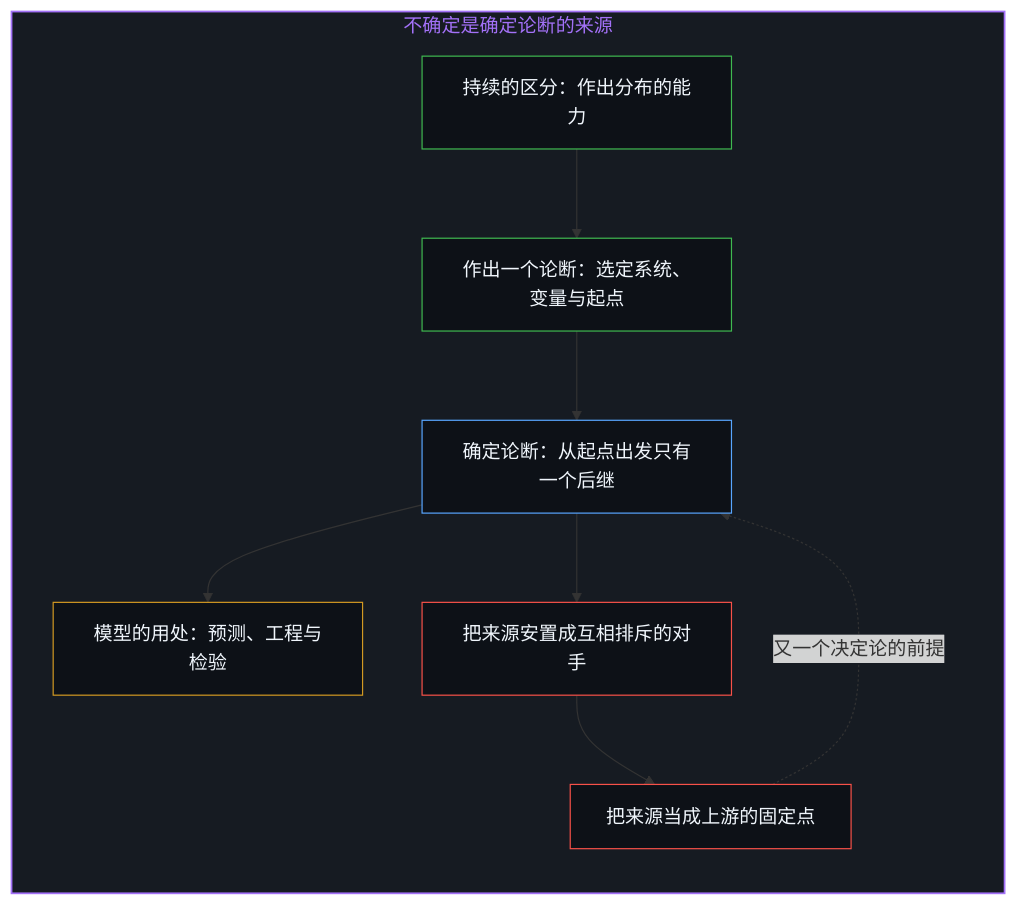
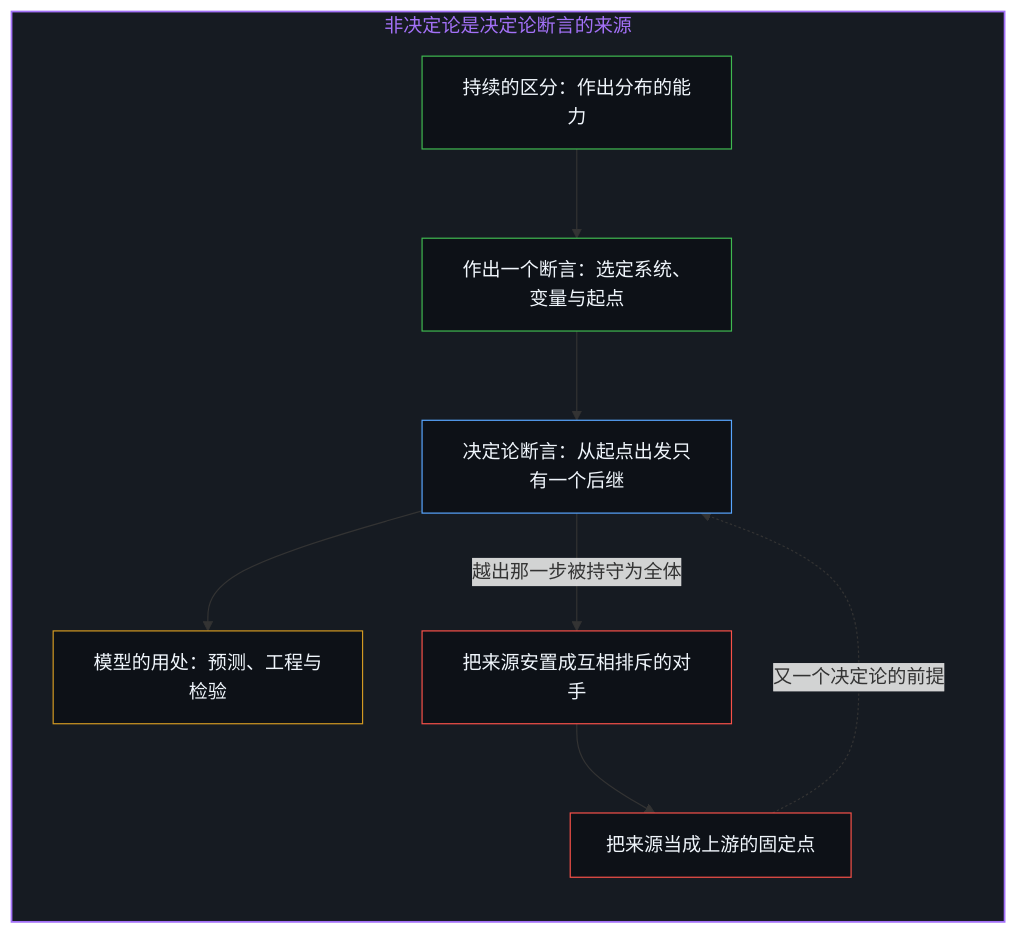
Before and after one commit to powerpig99/not-a-toe: the seventh of 10 diagrams in content/posts/the-open-question-is-determinisms-demand.md, drawn with Mermaid. The commit also changed other lines of this file and 18 other files, not shown here.

````diff
--- a/content/posts/the-open-question-is-determinisms-demand.md
+++ b/content/posts/the-open-question-is-determinisms-demand.md
@@ -205,26 +199,25 @@
 ```mermaid
 flowchart TD
-    subgraph S_Source["不确定是确定论断的来源"]
+    subgraph S_Source["非决定论是决定论断言的来源"]
         direction TB
         Diff["持续的区分：作出分布的能力"]
-        Issue["作出一个论断：选定系统、变量与起点"]
-        Det["确定论断：从起点出发只有一个后继"]
+        Issue["作出一个断言：选定系统、变量与起点"]
+        Det["决定论断言：从起点出发只有一个后继"]
         Tool["模型的用处：预测、工程与检验"]
         Rival["把来源安置成互相排斥的对手"]
         Fixed["把来源当成上游的固定点"]
         Diff --> Issue
         Issue --> Det
         Det --> Tool
-        Det --> Rival
+        Det -->|"越出那一步被持守为全体"| Rival
         Rival --> Fixed
         Fixed -.->|"又一个决定论的前提"| Det
     end
-
     style S_Source fill:#161b22,stroke:#a371f7,stroke-width:1.5px,color:#a371f7
     style Diff fill:#0d1117,stroke:#3fb950,stroke-width:1px,color:#f0f6fc
     style Issue fill:#0d1117,stroke:#3fb950,stroke-width:1px,color:#f0f6fc
     style Det fill:#0d1117,stroke:#58a6ff,stroke-width:1px,color:#f0f6fc
     style Tool fill:#0d1117,stroke:#d29922,stroke-width:1px,color:#f0f6fc
     style Rival fill:#0d1117,stroke:#f85149,stroke-width:1px,color:#f0f6fc
     style Fixed fill:#0d1117,stroke:#f85149,stroke-width:1px,color:#f0f6fc
 ```
````
